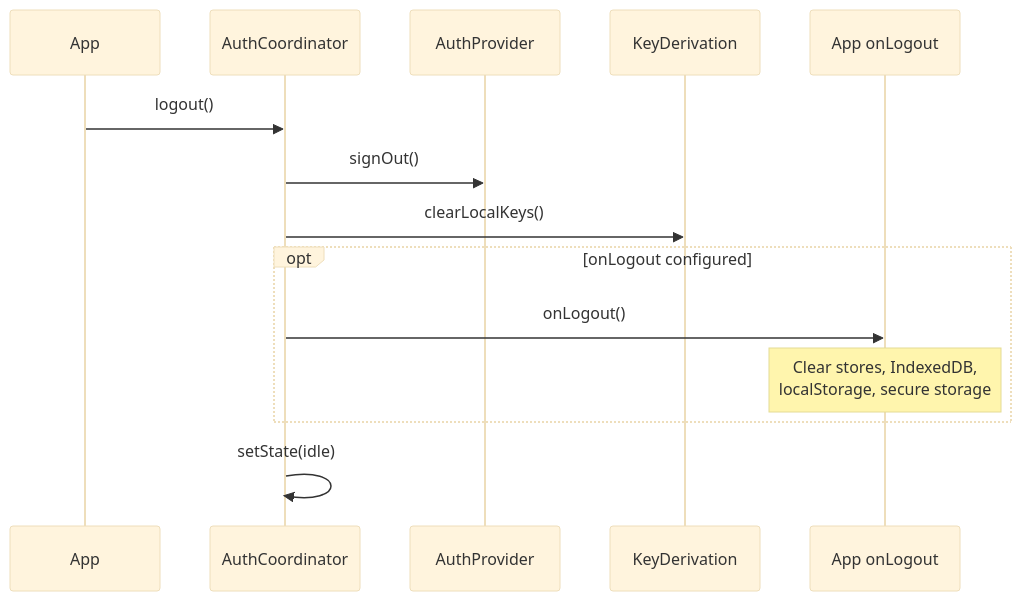
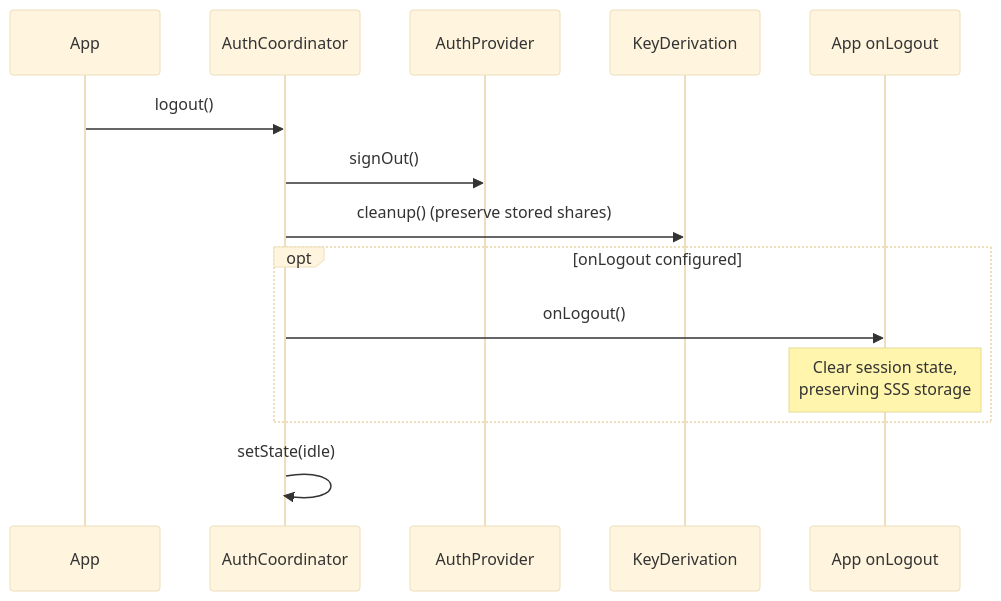
One commit to learningeconomy/LearnCard changed the seventh of 8 diagrams in packages/learn-card-base/src/auth-coordinator/README.md. Above: the diagram before and after it, drawn with Mermaid (base theme). The commit also changed other lines of this file and 11 other files, not shown here.

````diff
--- a/packages/learn-card-base/src/auth-coordinator/README.md
+++ b/packages/learn-card-base/src/auth-coordinator/README.md
@@ -245,19 +245,19 @@
 ```mermaid
 sequenceDiagram
     participant App
     participant AC as AuthCoordinator
     participant Auth as AuthProvider
     participant KD as KeyDerivation
     participant Cleanup as App onLogout
 
     App->>AC: logout()
     AC->>Auth: signOut()
-    AC->>KD: clearLocalKeys()
+    AC->>KD: cleanup() (preserve stored shares)
 
     opt onLogout configured
         AC->>Cleanup: onLogout()
-        Note over Cleanup: Clear stores, IndexedDB,<br/>localStorage, secure storage
+        Note over Cleanup: Clear session state,<br/>preserving SSS storage
     end
 
     AC->>AC: setState(idle)
 ```
````
